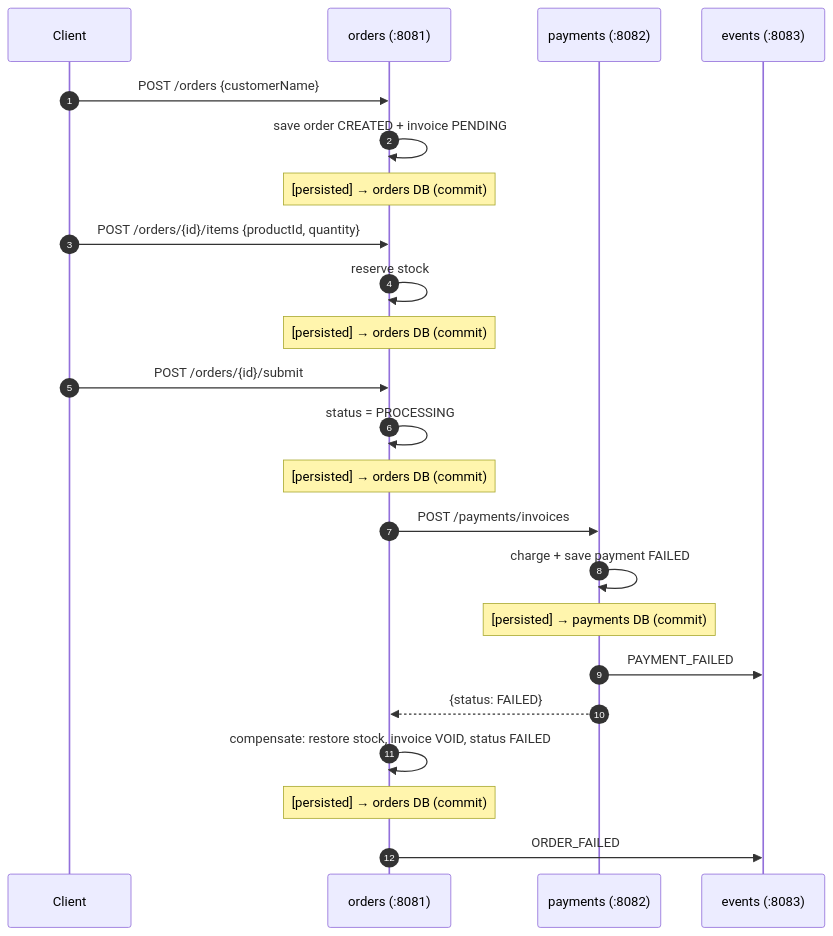
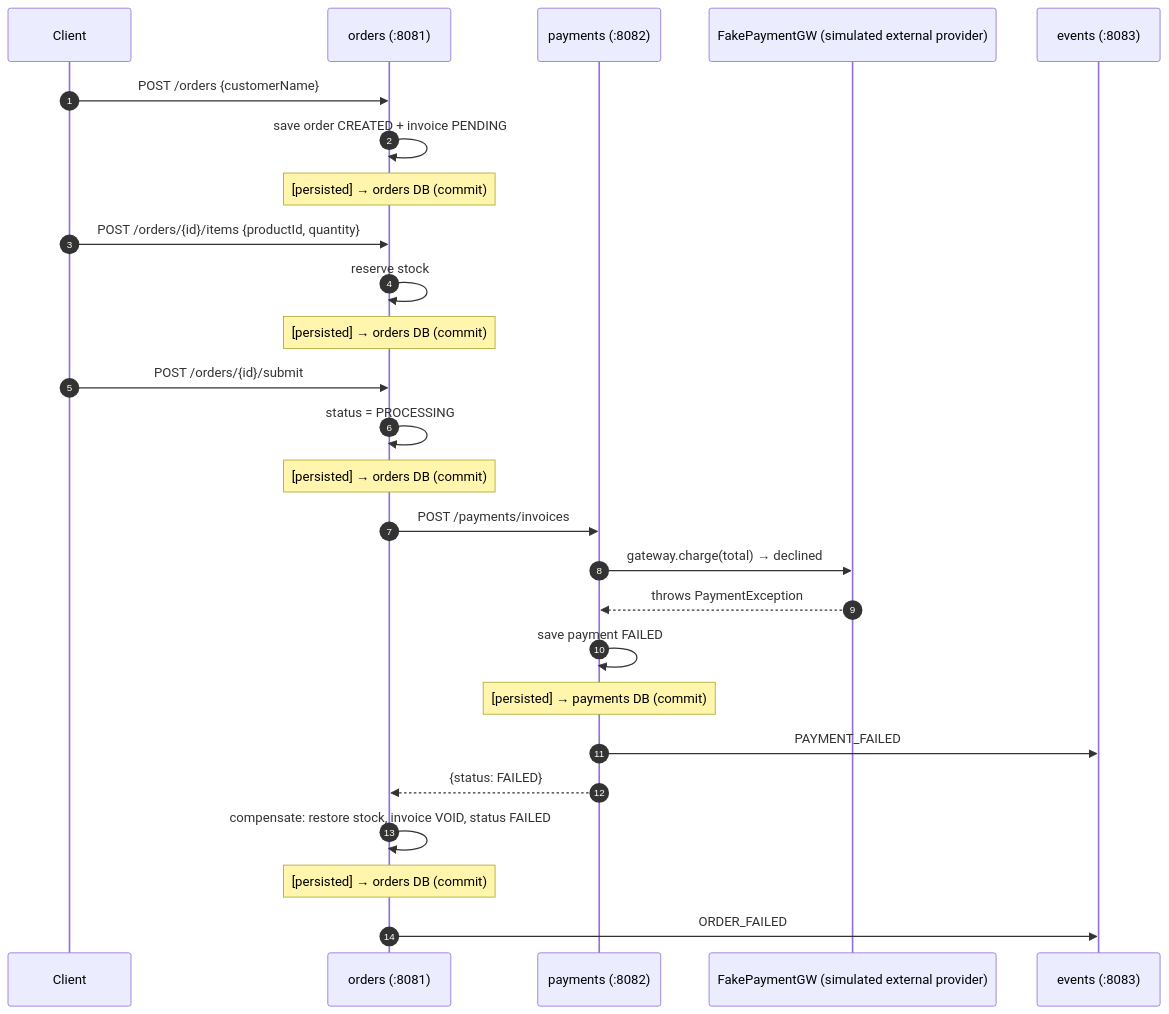
The second of 3 diagrams in README.md (gdiazs/sagas-example), drawn with Mermaid before and after one commit. The commit also changed other lines of this file, not shown here.

Commit message:
make simulated external payment provider explicit in docs

````diff
--- a/README.md
+++ b/README.md
@@ -62,26 +71,29 @@
 ```mermaid
 sequenceDiagram
     autonumber
     participant C as Client
     participant O as orders (:8081)
     participant P as payments (:8082)
+    participant G as FakePaymentGW (simulated external provider)
     participant E as events (:8083)
 
     C->>O: POST /orders {customerName}
     O->>O: save order CREATED + invoice PENDING
     Note over O: [persisted] → orders DB (commit)
     C->>O: POST /orders/{id}/items {productId, quantity}
     O->>O: reserve stock
     Note over O: [persisted] → orders DB (commit)
     C->>O: POST /orders/{id}/submit
     O->>O: status = PROCESSING
     Note over O: [persisted] → orders DB (commit)
     O->>P: POST /payments/invoices
-    P->>P: charge + save payment FAILED
+    P->>G: gateway.charge(total) → declined
+    G-->>P: throws PaymentException
+    P->>P: save payment FAILED
     Note over P: [persisted] → payments DB (commit)
     P->>E: PAYMENT_FAILED
     P-->>O: {status: FAILED}
     O->>O: compensate: restore stock, invoice VOID, status FAILED
     Note over O: [persisted] → orders DB (commit)
     O->>E: ORDER_FAILED
 ```
````
